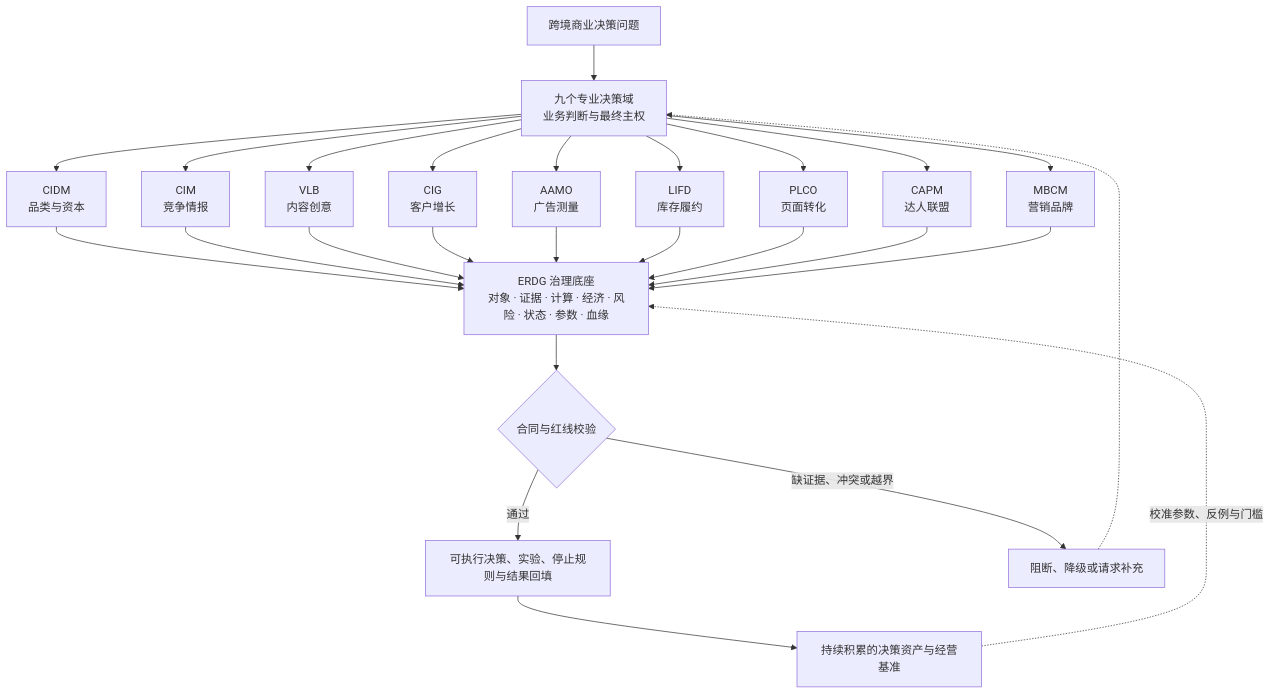
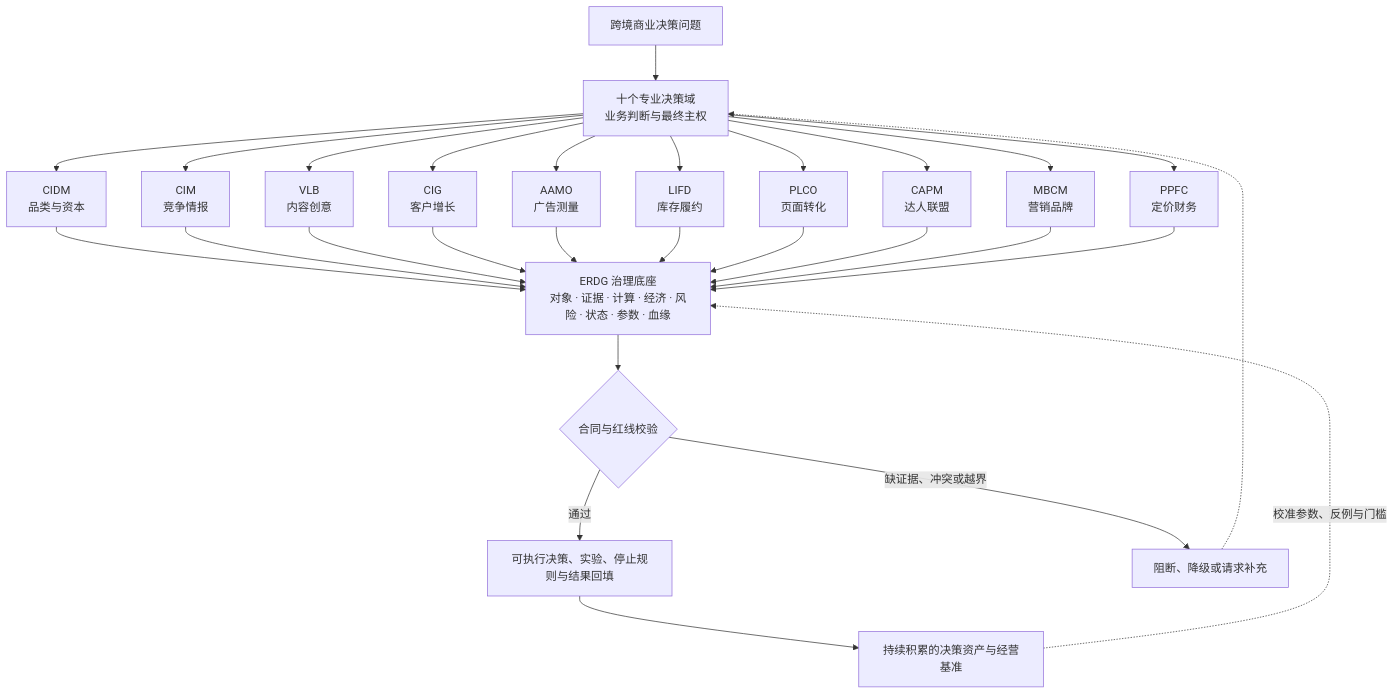
One commit to saye-chen/CrossBorder-Decision-Lab changed the first of 2 diagrams in README.md. Above: the diagram before and after it, drawn with Mermaid. The commit also changed other lines of this file and 104 other files, not shown here.

````diff
--- a/README.md
+++ b/README.md
@@ -71,22 +71,23 @@
 ```mermaid
 flowchart TB
-    U["跨境商业决策问题"] --> D["九个专业决策域<br/>业务判断与最终主权"]
+    U["跨境商业决策问题"] --> D["十个专业决策域<br/>业务判断与最终主权"]
 
     D --> CIDM["CIDM<br/>品类与资本"]
     D --> CIM["CIM<br/>竞争情报"]
     D --> VLB["VLB<br/>内容创意"]
     D --> CIG["CIG<br/>客户增长"]
     D --> AAMO["AAMO<br/>广告测量"]
     D --> LIFD["LIFD<br/>库存履约"]
     D --> PLCO["PLCO<br/>页面转化"]
     D --> CAPM["CAPM<br/>达人联盟"]
     D --> MBCM["MBCM<br/>营销品牌"]
+    D --> PPFC["PPFC<br/>定价财务"]
 
-    CIDM & CIM & VLB & CIG & AAMO & LIFD & PLCO & CAPM & MBCM --> E["ERDG 治理底座<br/>对象 · 证据 · 计算 · 经济 · 风险 · 状态 · 参数 · 血缘"]
+    CIDM & CIM & VLB & CIG & AAMO & LIFD & PLCO & CAPM & MBCM & PPFC --> E["ERDG 治理底座<br/>对象 · 证据 · 计算 · 经济 · 风险 · 状态 · 参数 · 血缘"]
     E --> G{"合同与红线校验"}
     G -->|"通过"| O["可执行决策、实验、停止规则与结果回填"]
     G -->|"缺证据、冲突或越界"| B["阻断、降级或请求补充"]
     B -.-> D
     O --> A["持续积累的决策资产与经营基准"]
     A -.->|"校准参数、反例与门槛"| E
 ```
````
